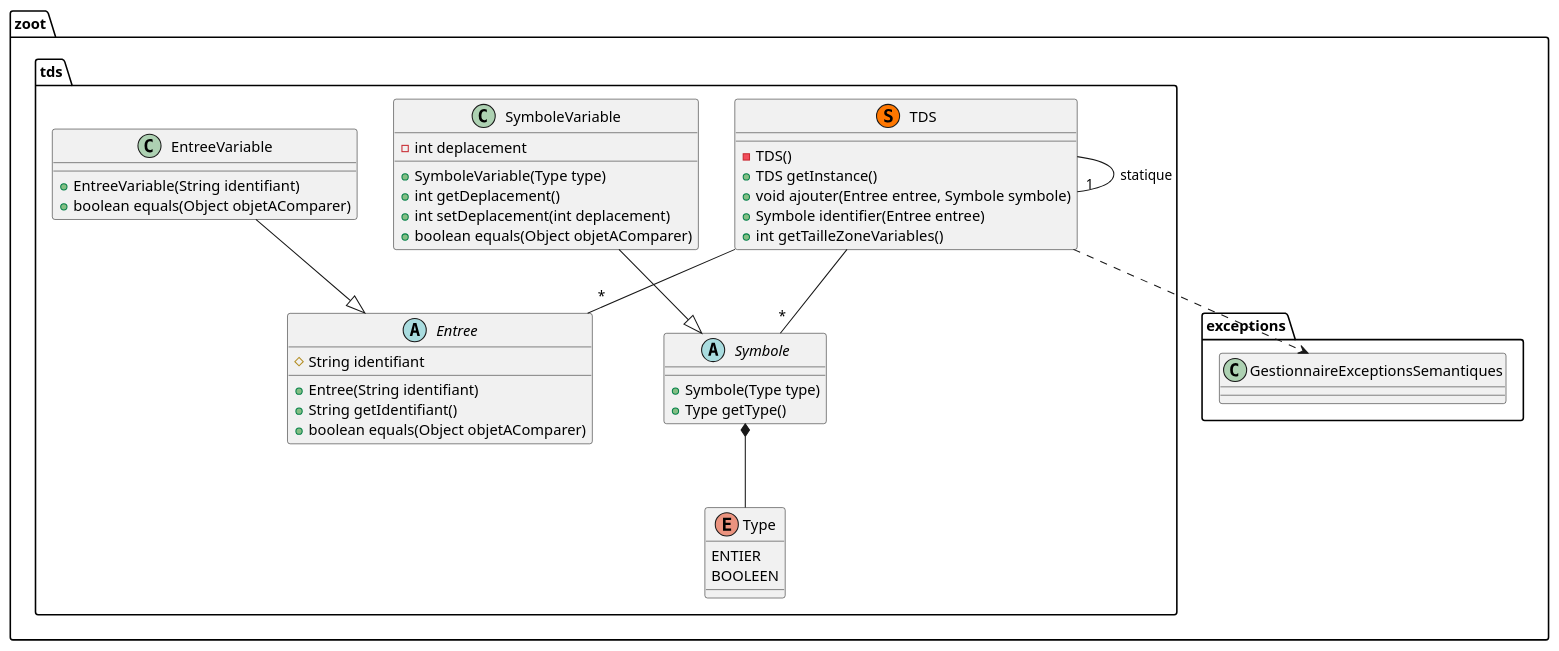
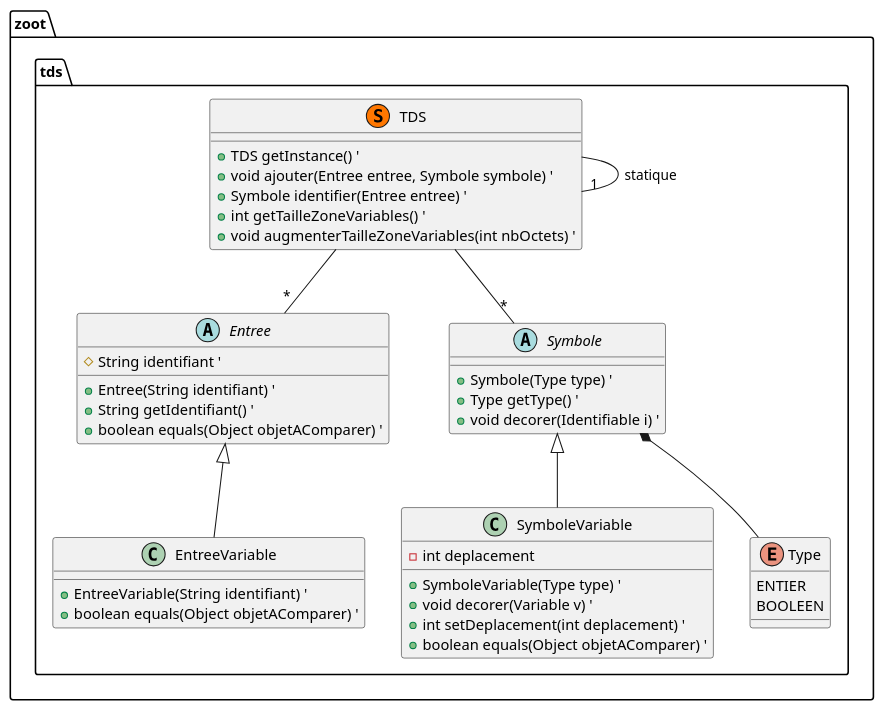
One commit to lmtb06/zoot changed the diagram in diagrammes/classe/tds.puml. Above: the diagram before and after it, drawn with PlantUML. The commit also changed 5 other files, not shown here.

```diff
--- a/diagrammes/classe/tds.puml
+++ b/diagrammes/classe/tds.puml
@@ -1,55 +1,55 @@
 @startuml "tds"
 
 namespace zoot.tds {
   ' Includes
 
   ' Classes
   class TDS << (S,#FF7700) >> {
-    - TDS()
-    + TDS getInstance()
-    + void ajouter(Entree entree, Symbole symbole)
-    + Symbole identifier(Entree entree)
-    + int getTailleZoneVariables()
+    + TDS getInstance() '
+    + void ajouter(Entree entree, Symbole symbole) '
+    + Symbole identifier(Entree entree) '
+    + int getTailleZoneVariables() '
+    + void augmenterTailleZoneVariables(int nbOctets) '
   }
 
   abstract class Entree {
-    # String identifiant
-    + Entree(String identifiant)
-    + String getIdentifiant()
-    + boolean equals(Object objetAComparer)
+    # String identifiant '
+    + Entree(String identifiant) '
+    + String getIdentifiant() '
+    + boolean equals(Object objetAComparer) '
   }
 
   class EntreeVariable {
-    + EntreeVariable(String identifiant)
-    + boolean equals(Object objetAComparer)
+    + EntreeVariable(String identifiant) '
+    + boolean equals(Object objetAComparer) '
   }
 
   abstract class Symbole {
-    + Symbole(Type type)
-    + Type getType()
+    + Symbole(Type type) '
+    + Type getType() '
+    + void decorer(Identifiable i) '
   }
 
   class SymboleVariable {
     - int deplacement
-    + SymboleVariable(Type type)
-    + int getDeplacement()
-    + int setDeplacement(int deplacement)
-    + boolean equals(Object objetAComparer)
+    + SymboleVariable(Type type) '
+    + void decorer(Variable v) '
+    + int setDeplacement(int deplacement) '
+    + boolean equals(Object objetAComparer) '
   }
 
   enum Type {
     ENTIER
     BOOLEEN
   }
 
   ' Relations entre les classes
-  EntreeVariable --|> Entree
-  SymboleVariable --|> Symbole
-  Symbole *-- Type
   TDS --"1" TDS : statique
   TDS --"*" Entree
   TDS --"*" Symbole
-  TDS ..> zoot.exceptions.GestionnaireExceptionsSemantiques
+  Symbole *-- Type
+  SymboleVariable -up-|> Symbole
+  EntreeVariable -up-|> Entree
 }
 
 @enduml
```
